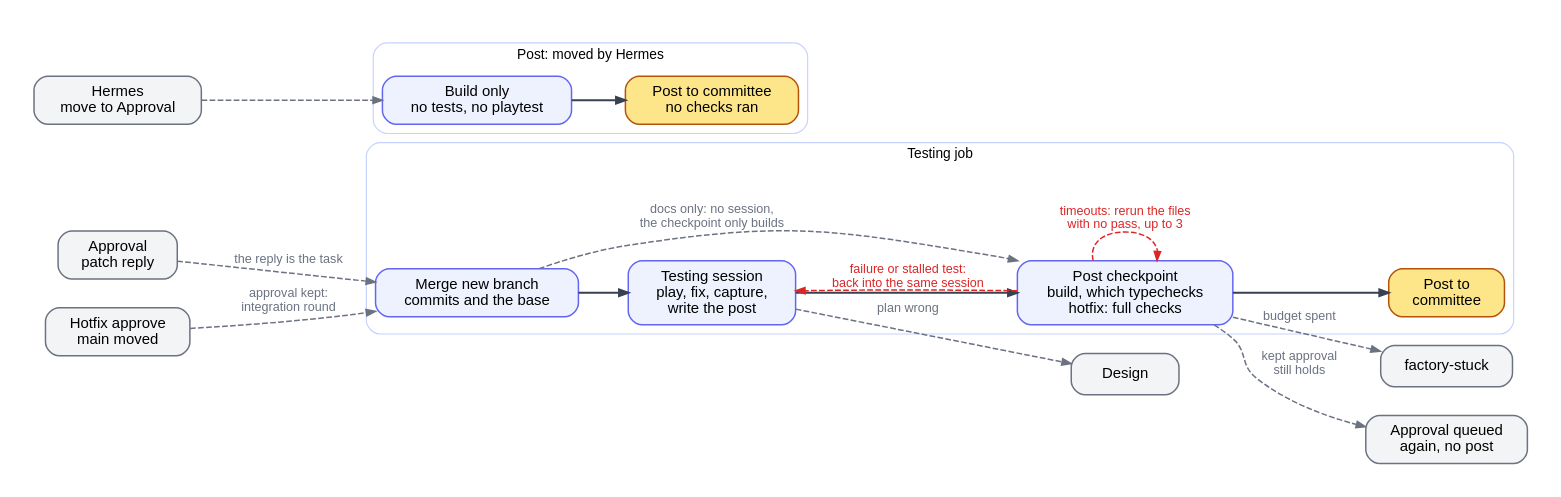
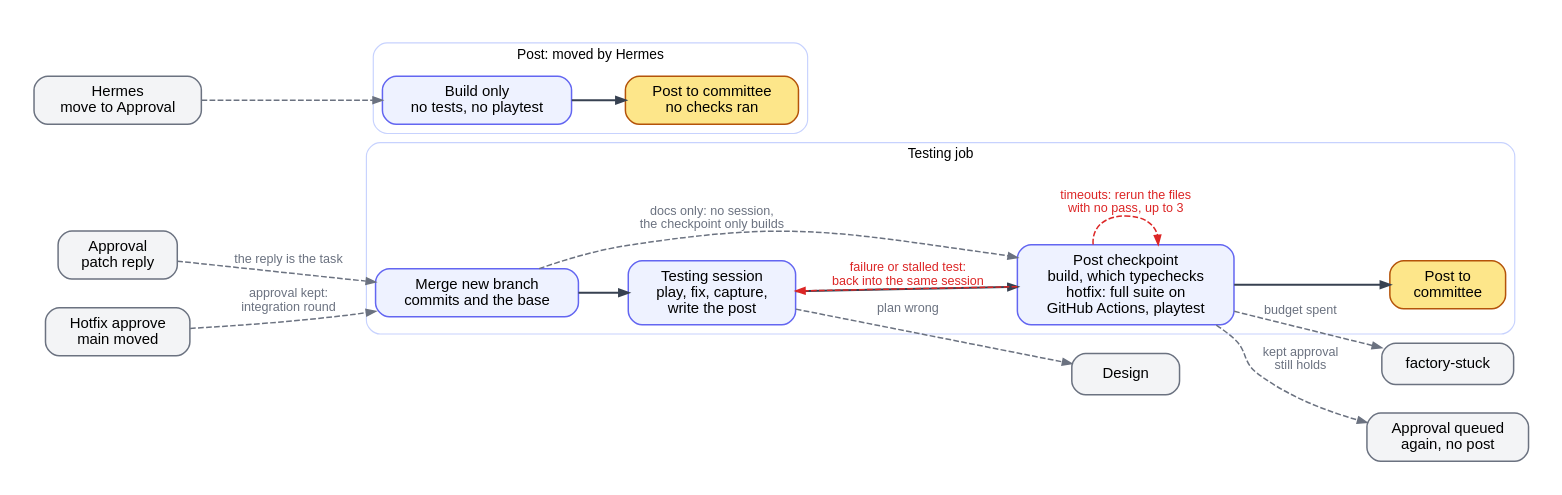
One commit to ROAM-game-org/road-machiners changed the diagram in factory/docs/diagrams/testing.dot. Above: the diagram before and after it, drawn with Graphviz. The commit also changed 9 other files, not shown here.

Commit message:
Document the full suite on GitHub Actions and drop the test cache notes

```diff
--- a/factory/docs/diagrams/testing.dot
+++ b/factory/docs/diagrams/testing.dot
@@ -1,35 +1,35 @@
 // Testing column. One testing session gets a card ready for the committee, and the post checkpoint gates the post. Post-only runs when Hermes moves a card to Approval.
 // Red: loops back. Grey: leaves Testing or enters from outside.
 digraph testing {
   rankdir=LR; nodesep=0.35; ranksep=0.55; bgcolor=white; pad=0.3;
   node [shape=box, style="rounded,filled", fillcolor="#eef2ff", color="#6366f1", fontname="Helvetica", fontsize=13, margin="0.2,0.1", penwidth=1.3, width=1.3];
   edge [color="#374151", penwidth=1.8, arrowsize=0.8, fontname="Helvetica", fontsize=11];
   subgraph cluster_session {
     label="Testing job"; fontname="Helvetica"; fontsize=12; color="#c7d2fe"; style=rounded;
     PM [label="Merge new branch\ncommits and the base"]; PT [label="Testing session\nplay, fix, capture,\nwrite the post"];
-    PC [label="Post checkpoint\nbuild, which typechecks\nhotfix: full checks"]; PP [label="Post to\ncommittee", fillcolor="#fde68a", color="#b45309"];
+    PC [label="Post checkpoint\nbuild, which typechecks\nhotfix: full suite on\nGitHub Actions, playtest"]; PP [label="Post to\ncommittee", fillcolor="#fde68a", color="#b45309"];
     PM -> PT -> PC -> PP [weight=100];
   }
   subgraph cluster_post {
     label="Post: moved by Hermes"; fontname="Helvetica"; fontsize=12; color="#c7d2fe"; style=rounded;
     QB [label="Build only\nno tests, no playtest"]; QP [label="Post to committee\nno checks ran", fillcolor="#fde68a", color="#b45309"];
     QB -> QP [weight=100];
   }
   XH [label="Hermes\nmove to Approval", fillcolor="#f3f4f6", color="#6b7280"];
   XA [label="Approval\npatch reply", fillcolor="#f3f4f6", color="#6b7280"];
   XD [label="Design", fillcolor="#f3f4f6", color="#6b7280"];
   XS [label="factory-stuck", fillcolor="#f3f4f6", color="#6b7280"];
   XK [label="Hotfix approve\nmain moved", fillcolor="#f3f4f6", color="#6b7280"];
   XQ [label="Approval queued\nagain, no post", fillcolor="#f3f4f6", color="#6b7280"];
   edge [color="#dc2626", fontcolor="#dc2626", style=dashed, penwidth=1.3];
   PC -> PT [label="failure or stalled test:\nback into the same session"];
   PC -> PC [label="timeouts: rerun the files\nwith no pass, up to 3"];
   edge [color="#6b7280", fontcolor="#6b7280"];
   PM -> PC [label="docs only: no session,\nthe checkpoint only builds"];
   XH -> QB;
   XA -> PM [label="the reply is the task"];
   XK -> PM [label="approval kept:\nintegration round"];
   PC -> XQ [label="kept approval\nstill holds"];
   PT -> XD [label="plan wrong"];
   PC -> XS [label="budget spent"];
 }
```
